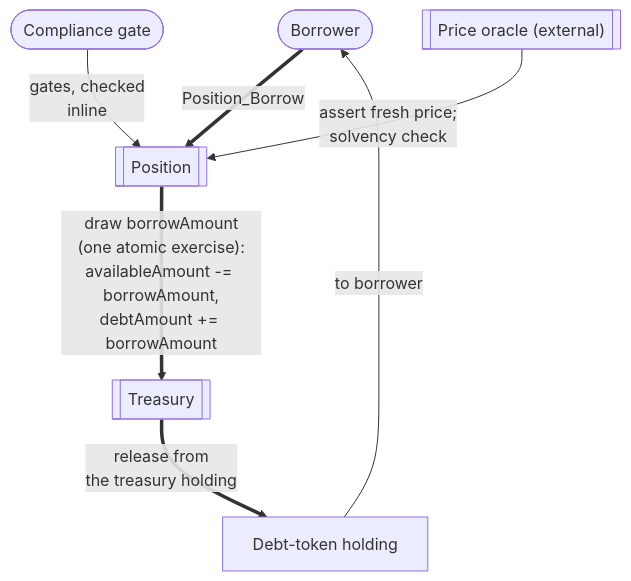
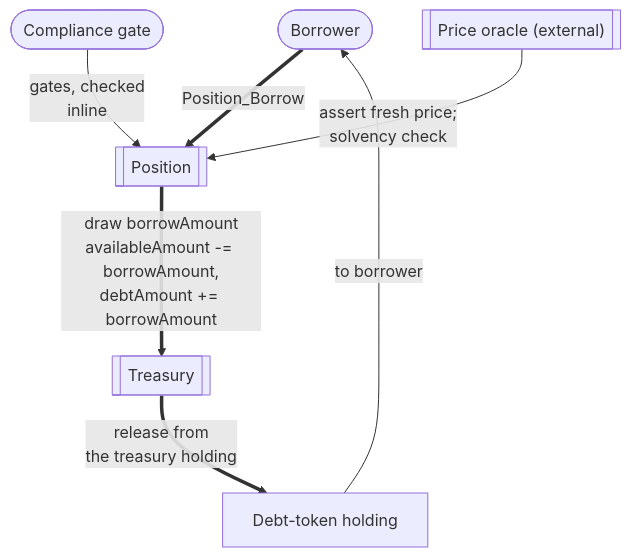
One commit to OpenZeppelin/canton-specs changed the fourth of 9 diagrams in docs/reference-architectures/lending.md. Above: the diagram before and after it, drawn with Mermaid. The commit also changed other lines of this file and 1 other file, not shown here.

````diff
--- a/docs/reference-architectures/lending.md
+++ b/docs/reference-architectures/lending.md
@@ -380,16 +375,16 @@
 ```mermaid
 flowchart TD
     Borrower([Borrower])
     Compliance(["Compliance gate"])
     Oracle[["Price oracle (external)"]]
     Position[["Position"]]
     Treasury[["Treasury"]]
     Coin["Debt-token holding"]
 
     Borrower ==>|"Position_Borrow"| Position
     Compliance -->|"gates, checked<br/>inline"| Position
     Oracle -->|"assert fresh price;<br/>solvency check"| Position
-    Position ==>|"draw borrowAmount<br/>(one atomic exercise):<br/>availableAmount -= borrowAmount,<br/>debtAmount += borrowAmount"| Treasury
+    Position ==>|"draw borrowAmount<br/>availableAmount -= borrowAmount,<br/>debtAmount += borrowAmount"| Treasury
     Treasury ==>|"release from<br/>the treasury holding"| Coin
     Coin -->|"to borrower"| Borrower
 ```
````
